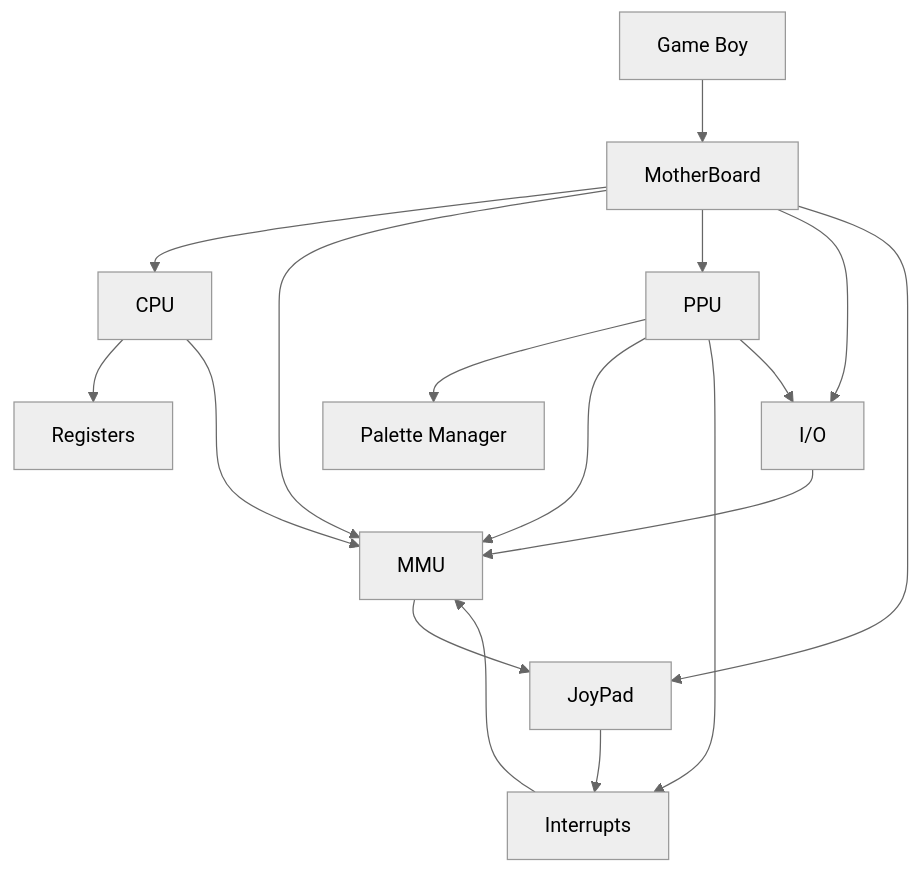
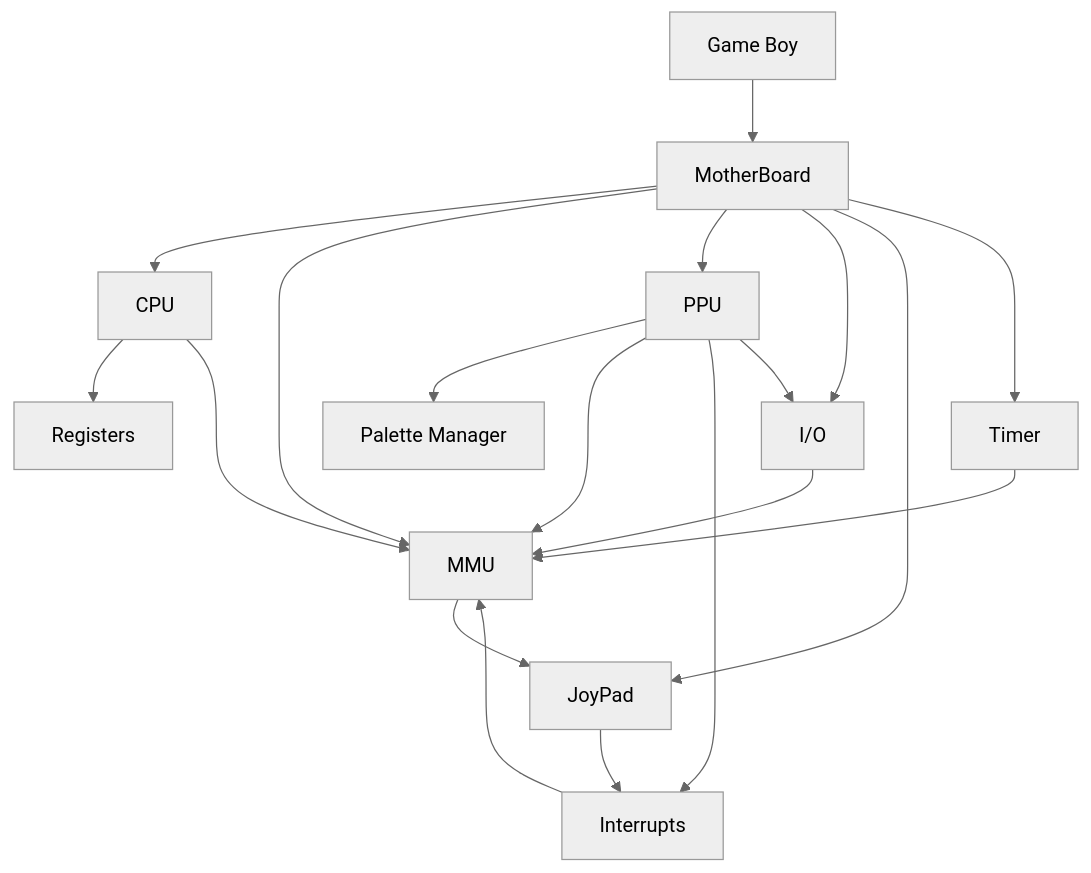
One commit to MarcAlx/gb changed the diagram in src/packages/GBKit/README.md. Above: the diagram before and after it, drawn with Mermaid (neutral theme).

Commit message:
[doc] update README.md

````diff
--- a/src/packages/GBKit/README.md
+++ b/src/packages/GBKit/README.md
@@ -9,36 +9,40 @@
 ```mermaid
 graph TB;
   GB[Game Boy]
   MB[MotherBoard]
   CPU[CPU]
   MMU[MMU]
   IO[I/O]
   JOY[JoyPad]
   R[Registers]
   INT[Interrupts]
   PM[Palette Manager]
+  TIM[Timer]
 
   GB --> MB;
 
   MB --> CPU;
   MB --> MMU;
   MB --> PPU;
   MB --> IO;
   MB --> JOY;
+  MB --> TIM;
+
+  TIM --> MMU;
 
   INT --> MMU;
 
   CPU --> R;
   CPU ---> MMU;
 
   PPU --> PM;
   PPU --> MMU;
   PPU --> INT;
   PPU --> IO;
 
   IO --> MMU;
   
   MMU --> JOY
   JOY --> INT
   
 ```
````
